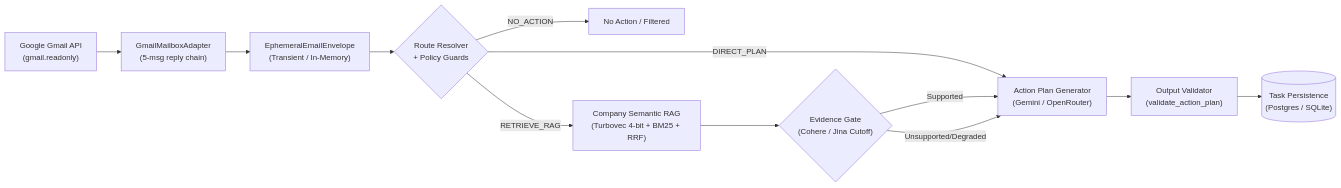
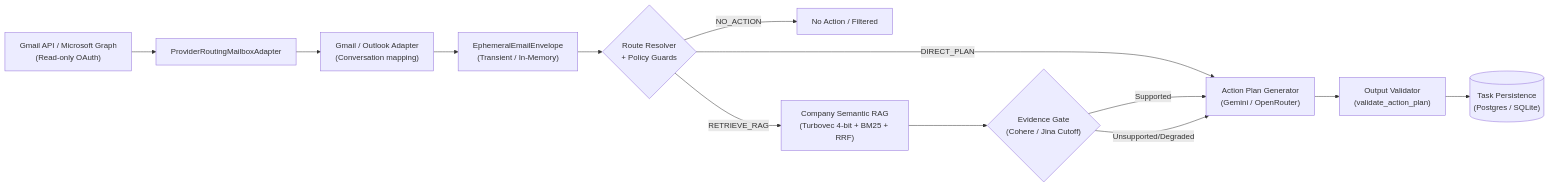
The diagram in docs/architectures/current-architectures/01-email-action-plan-and-rag.md (MathematicGuy/EMAIL-AGENT-v1), drawn with Mermaid before and after one commit. The commit also changed other lines of this file and 28 other files, not shown here.

````diff
--- a/docs/architectures/current-architectures/01-email-action-plan-and-rag.md
+++ b/docs/architectures/current-architectures/01-email-action-plan-and-rag.md
@@ -14,16 +15,17 @@
 ```mermaid
 flowchart LR
-    GMAIL["Google Gmail API<br/>(gmail.readonly)"] --> ADAPT["GmailMailboxAdapter<br/>(5-msg reply chain)"]
+    SOURCE["Gmail API / Microsoft Graph<br/>(Read-only OAuth)"] --> ROUTER["ProviderRoutingMailboxAdapter"]
+    ROUTER --> ADAPT["Gmail / Outlook Adapter<br/>(Conversation mapping)"]
     ADAPT --> ENV["EphemeralEmailEnvelope<br/>(Transient / In-Memory)"]
     ENV --> ROUTE{"Route Resolver<br/>+ Policy Guards"}
 
     ROUTE -->|NO_ACTION| NOACT["No Action / Filtered"]
     ROUTE -->|DIRECT_PLAN| GEN["Action Plan Generator<br/>(Gemini / OpenRouter)"]
     ROUTE -->|RETRIEVE_RAG| RAG["Company Semantic RAG<br/>(Turbovec 4-bit + BM25 + RRF)"]
 
     RAG --> GATE{"Evidence Gate<br/>(Cohere / Jina Cutoff)"}
     GATE -->|Supported| GEN
     GATE -->|Unsupported/Degraded| GEN
     GEN --> VAL["Output Validator<br/>(validate_action_plan)"]
     VAL --> TASKDB[("Task Persistence<br/>(Postgres / SQLite)")]
 ```
````
